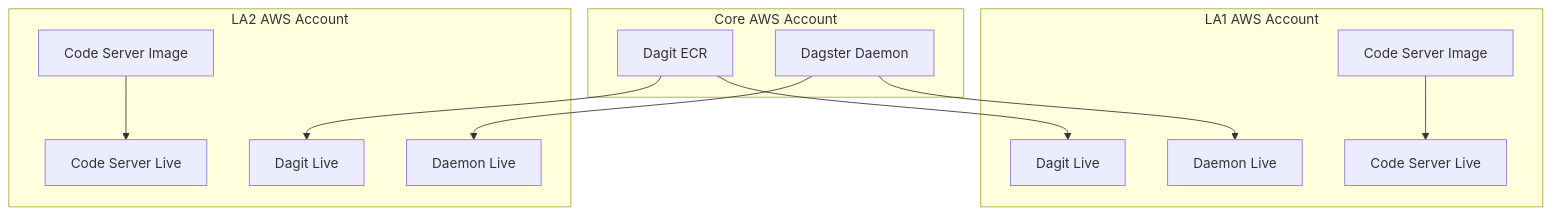
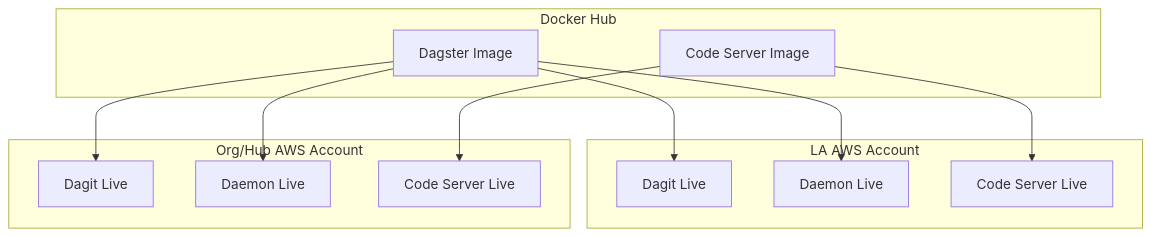
Before and after one commit to SocialFinanceDigitalLabs/sf-fons-platform: the diagram in dagster/README.md, drawn with Mermaid. The commit also changed other lines of this file and 7 other files, not shown here.

````diff
--- a/dagster/README.md
+++ b/dagster/README.md
@@ -18,20 +18,20 @@
 ```mermaid
 graph TB;
 
-subgraph one[Core AWS Account]
-A[Dagit ECR]
-B[Dagster Daemon]
+subgraph one[Docker Hub]
+A[Dagster Image]
+G[Code Server Image]
 end
 
-subgraph two[LA1 AWS Account]
+subgraph two[LA AWS Account]
 A-->C[Dagit Live]
-B-->D[Daemon Live]
-G[Code Server Image]-->H[Code Server Live]
+A-->D[Daemon Live]
+G-->H[Code Server Live]
 end
 
-subgraph three[LA2 AWS Account]
+subgraph three[Org/Hub AWS Account]
 A-->E[Dagit Live]
-B-->F[Daemon Live]
-I[Code Server Image]-->J[Code Server Live]
+A-->F[Daemon Live]
+G-->J[Code Server Live]
 end
 ```
````
